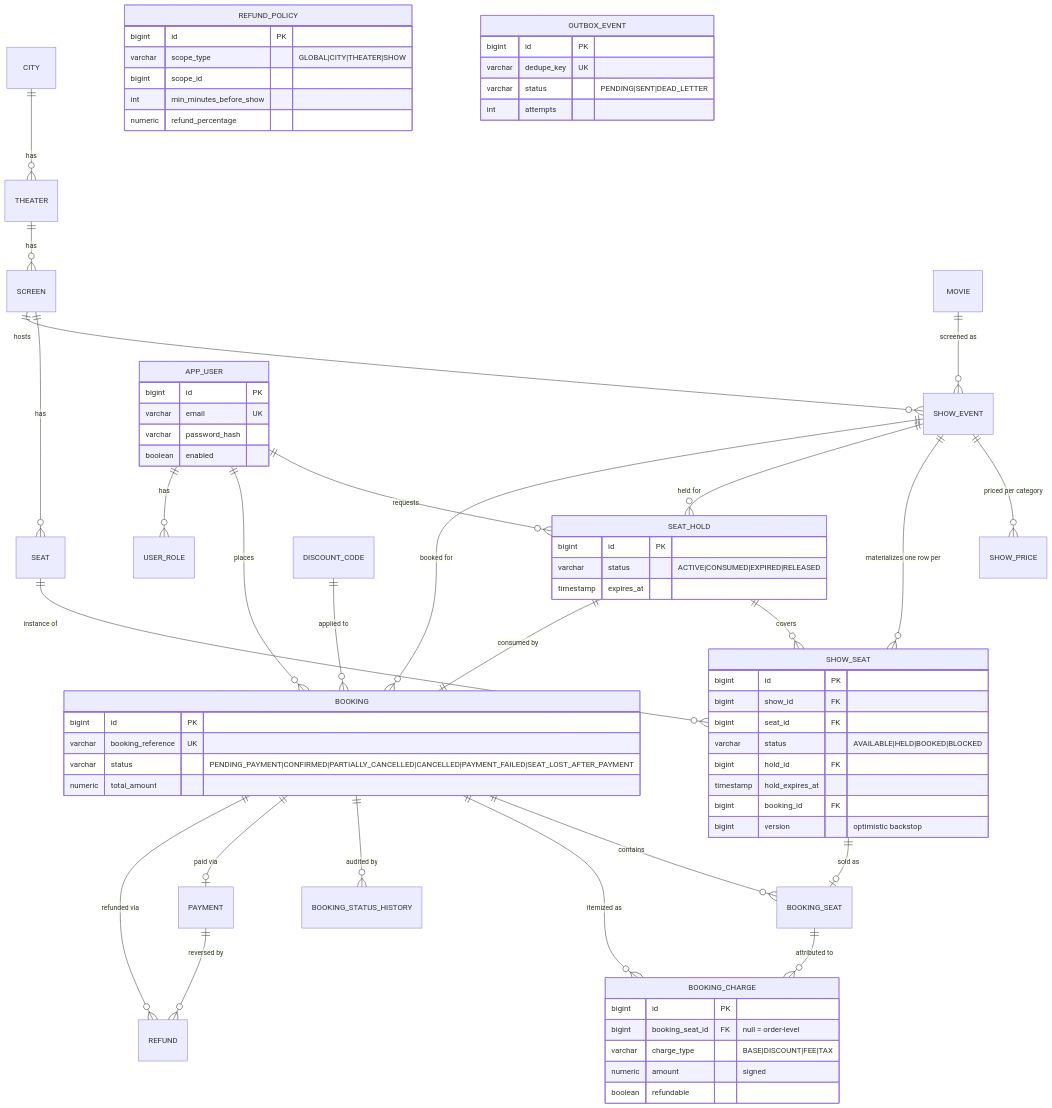
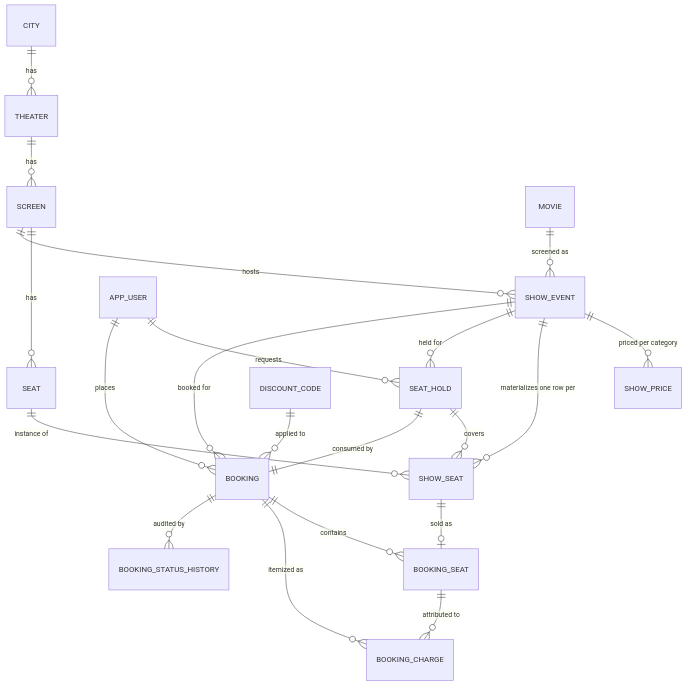
One commit to valarmorghulis42/cineagent changed the second of 3 diagrams in README.md. Above: the diagram before and after it, drawn with Mermaid. The commit also changed other lines of this file, not shown here.

````diff
--- a/README.md
+++ b/README.md
@@ -179,75 +83,23 @@
 ```mermaid
 erDiagram
     CITY ||--o{ THEATER : has
     THEATER ||--o{ SCREEN : has
     SCREEN ||--o{ SEAT : has
     SCREEN ||--o{ SHOW_EVENT : hosts
     MOVIE ||--o{ SHOW_EVENT : "screened as"
     SHOW_EVENT ||--o{ SHOW_PRICE : "priced per category"
     SHOW_EVENT ||--o{ SHOW_SEAT : "materializes one row per"
     SEAT ||--o{ SHOW_SEAT : "instance of"
     SHOW_EVENT ||--o{ SEAT_HOLD : "held for"
     SEAT_HOLD ||--o{ SHOW_SEAT : covers
     APP_USER ||--o{ SEAT_HOLD : requests
     APP_USER ||--o{ BOOKING : places
     SEAT_HOLD ||--|| BOOKING : "consumed by"
     SHOW_EVENT ||--o{ BOOKING : "booked for"
     BOOKING ||--o{ BOOKING_SEAT : contains
     SHOW_SEAT ||--o| BOOKING_SEAT : "sold as"
     BOOKING ||--o{ BOOKING_CHARGE : "itemized as"
     BOOKING_SEAT ||--o{ BOOKING_CHARGE : "attributed to"
     DISCOUNT_CODE ||--o{ BOOKING : "applied to"
     BOOKING ||--o{ BOOKING_STATUS_HISTORY : "audited by"
-    BOOKING ||--o| PAYMENT : "paid via"
-    PAYMENT ||--o{ REFUND : "reversed by"
-    BOOKING ||--o{ REFUND : "refunded via"
-    APP_USER ||--o{ USER_ROLE : has
-
-    APP_USER {
-        bigint id PK
-        varchar email UK
-        varchar password_hash
-        boolean enabled
-    }
-    SHOW_SEAT {
-        bigint id PK
-        bigint show_id FK
-        bigint seat_id FK
-        varchar status "AVAILABLE|HELD|BOOKED|BLOCKED"
-        bigint hold_id FK
-        timestamp hold_expires_at
-        bigint booking_id FK
-        bigint version "optimistic backstop"
-    }
-    SEAT_HOLD {
-        bigint id PK
-        varchar status "ACTIVE|CONSUMED|EXPIRED|RELEASED"
-        timestamp expires_at
-    }
-    BOOKING {
-        bigint id PK
-        varchar booking_reference UK
-        varchar status "PENDING_PAYMENT|CONFIRMED|PARTIALLY_CANCELLED|CANCELLED|PAYMENT_FAILED|SEAT_LOST_AFTER_PAYMENT"
-        numeric total_amount
-    }
-    BOOKING_CHARGE {
-        bigint id PK
-        bigint booking_seat_id FK "null = order-level"
-        varchar charge_type "BASE|DISCOUNT|FEE|TAX"
-        numeric amount "signed"
-        boolean refundable
-    }
-    REFUND_POLICY {
-        bigint id PK
-        varchar scope_type "GLOBAL|CITY|THEATER|SHOW"
-        bigint scope_id
-        int min_minutes_before_show
-        numeric refund_percentage
-    }
-    OUTBOX_EVENT {
-        bigint id PK
-        varchar dedupe_key UK
-        varchar status "PENDING|SENT|DEAD_LETTER"
-        int attempts
-    }
 ```
````
